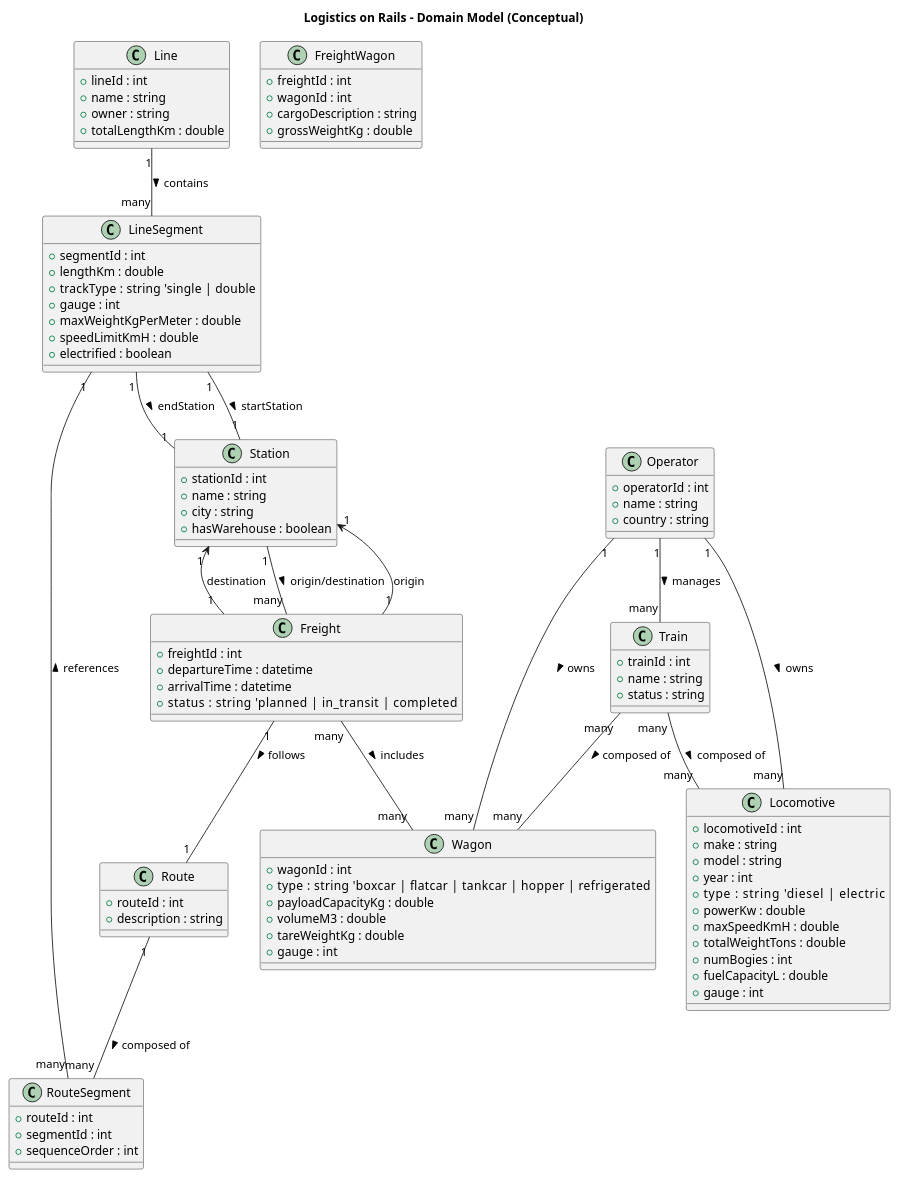
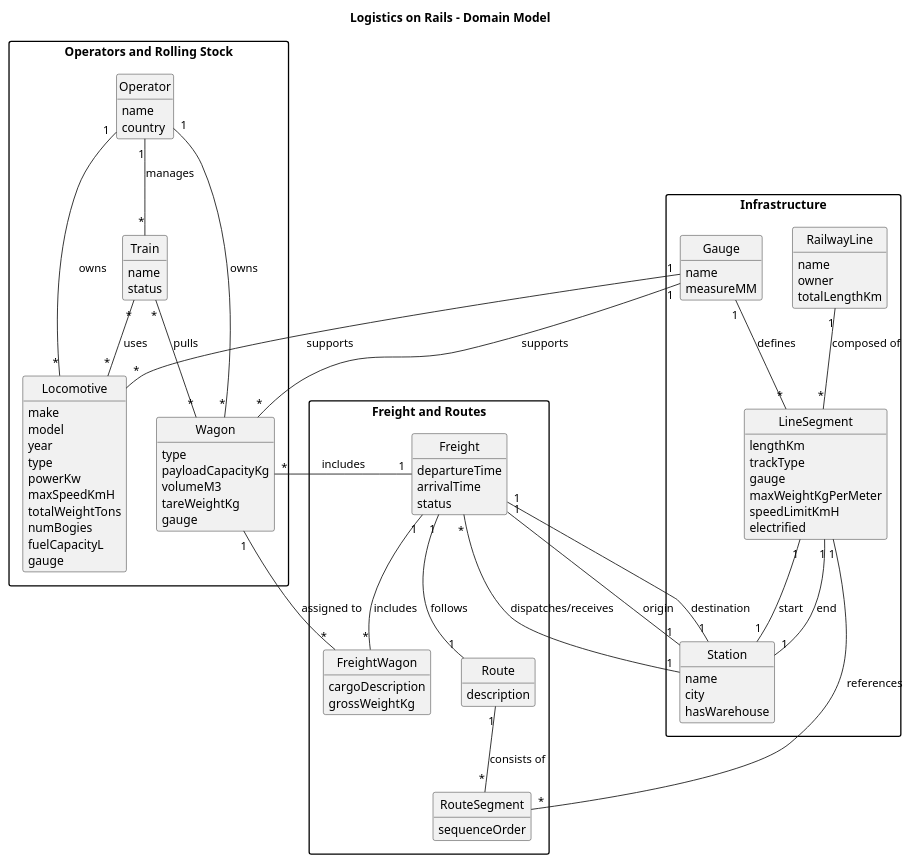
One commit to AfonsoMachado1892/Logistics-on-Rails changed the diagram in definitive-structure/docs/global-artifacts/domain-model.puml. Above: the diagram before and after it, drawn with PlantUML. The commit also changed 1 other file, not shown here.

Commit message:
[feat](USLP01): Creating the Domain Model v.1

```diff
--- a/definitive-structure/docs/global-artifacts/domain-model.puml
+++ b/definitive-structure/docs/global-artifacts/domain-model.puml
@@ -1,117 +1,130 @@
 @startuml
-title Logistics on Rails - Domain Model (Conceptual)
+skinparam monochrome true
+skinparam packageStyle rectangle
+skinparam shadowing false
+skinparam classAttributeIconSize 0
+hide circle
+hide methods
 
-' ==========================================================
-' ENTIDADES PRINCIPAIS
-' ==========================================================
+title Logistics on Rails - Domain Model
 
-class Line {
-  +lineId : int
-  +name : string
-  +owner : string
-  +totalLengthKm : double
+' Operators and Rolling Stock
+
+package "Operators and Rolling Stock" {
+
+    class Operator {
+        name
+        country
+    }
+
+    class Locomotive {
+        make
+        model
+        year
+        type
+        powerKw
+        maxSpeedKmH
+        totalWeightTons
+        numBogies
+        fuelCapacityL
+        gauge
+    }
+
+    class Wagon {
+        type
+        payloadCapacityKg
+        volumeM3
+        tareWeightKg
+        gauge
+    }
+
+    class Train {
+        name
+        status
+    }
+
+    ' Relationships
+    Operator "1" -- "*" Locomotive : owns
+    Operator "1" -- "*" Wagon : owns
+    Operator "1" -- "*" Train : manages
+
+    Train "*" -- "*" Locomotive : uses
+    Train "*" -- "*" Wagon : pulls
 }
 
-class LineSegment {
-  +segmentId : int
-  +lengthKm : double
-  +trackType : string   'single | double
-  +gauge : int
-  +maxWeightKgPerMeter : double
-  +speedLimitKmH : double
-  +electrified : boolean
+' Insfrastucture
+
+package "Infrastructure" {
+
+    class Station {
+        name
+        city
+        hasWarehouse
+    }
+
+    class RailwayLine {
+        name
+        owner
+        totalLengthKm
+    }
+
+    class LineSegment {
+        lengthKm
+        trackType
+        gauge
+        maxWeightKgPerMeter
+        speedLimitKmH
+        electrified
+    }
+
+    class Gauge {
+        name
+        measureMM
+    }
+
+    ' Relationships
+    RailwayLine "1" -- "*" LineSegment : composed of
+    LineSegment "1" -- "1" Station : start
+    LineSegment "1" -- "1" Station : end
+    Gauge "1" -- "*" LineSegment : defines
+    Gauge "1" -- "*" Locomotive : supports
+    Gauge "1" -- "*" Wagon : supports
 }
 
-class Station {
-  +stationId : int
-  +name : string
-  +city : string
-  +hasWarehouse : boolean
+' Freight and Routes
+
+package "Freight and Routes" {
+
+    class Freight {
+        departureTime
+        arrivalTime
+        status
+    }
+
+    class FreightWagon {
+        cargoDescription
+        grossWeightKg
+    }
+
+    class Route {
+        description
+    }
+
+    class RouteSegment {
+        sequenceOrder
+    }
+
+    ' Relationships
+    Freight "1" -- "*" Wagon : includes
+    Freight "1" -- "*" FreightWagon : includes
+    Freight "1" -- "1" Route : follows
+    Freight "1" -- "1" Station : origin
+    Freight "1" -- "1" Station : destination
+
+    Wagon "1" -- "*" FreightWagon : assigned to
+    Route "1" -- "*" RouteSegment : consists of
+    RouteSegment "*" -- "1" LineSegment : references
+    Station "1" -- "*" Freight : dispatches/receives
 }
 
-class Operator {
-  +operatorId : int
-  +name : string
-  +country : string
-}
-
-class Locomotive {
-  +locomotiveId : int
-  +make : string
-  +model : string
-  +year : int
-  +type : string        'diesel | electric
-  +powerKw : double
-  +maxSpeedKmH : double
-  +totalWeightTons : double
-  +numBogies : int
-  +fuelCapacityL : double
-  +gauge : int
-}
-
-class Wagon {
-  +wagonId : int
-  +type : string        'boxcar | flatcar | tankcar | hopper | refrigerated
-  +payloadCapacityKg : double
-  +volumeM3 : double
-  +tareWeightKg : double
-  +gauge : int
-}
-
-class Train {
-  +trainId : int
-  +name : string
-  +status : string
-}
-
-class Freight {
-  +freightId : int
-  +departureTime : datetime
-  +arrivalTime : datetime
-  +status : string        'planned | in_transit | completed
-}
-
-class FreightWagon {
-  +freightId : int
-  +wagonId : int
-  +cargoDescription : string
-  +grossWeightKg : double
-}
-
-class Route {
-  +routeId : int
-  +description : string
-}
-
-class RouteSegment {
-  +routeId : int
-  +segmentId : int
-  +sequenceOrder : int
-}
-
-
-' ==========================================================
-' RELAÇÕES
-' ==========================================================
-
-Line "1" -- "many" LineSegment : contains >
-LineSegment "1" -- "1" Station : startStation >
-LineSegment "1" -- "1" Station : endStation >
-
-Operator "1" -- "many" Locomotive : owns >
-Operator "1" -- "many" Wagon : owns >
-Operator "1" -- "many" Train : manages >
-
-Train "many" -- "many" Locomotive : composed of >
-Train "many" -- "many" Wagon : composed of >
-
-Freight "many" -- "many" Wagon : includes >
-Freight "1" -- "1" Route : follows >
-Route "1" -- "many" RouteSegment : composed of >
-RouteSegment "many" -- "1" LineSegment : references >
-
-Station "1" -- "many" Freight : origin/destination >
-Freight "1" --> "1" Station : origin
-Freight "1" --> "1" Station : destination
-
 @enduml
```
